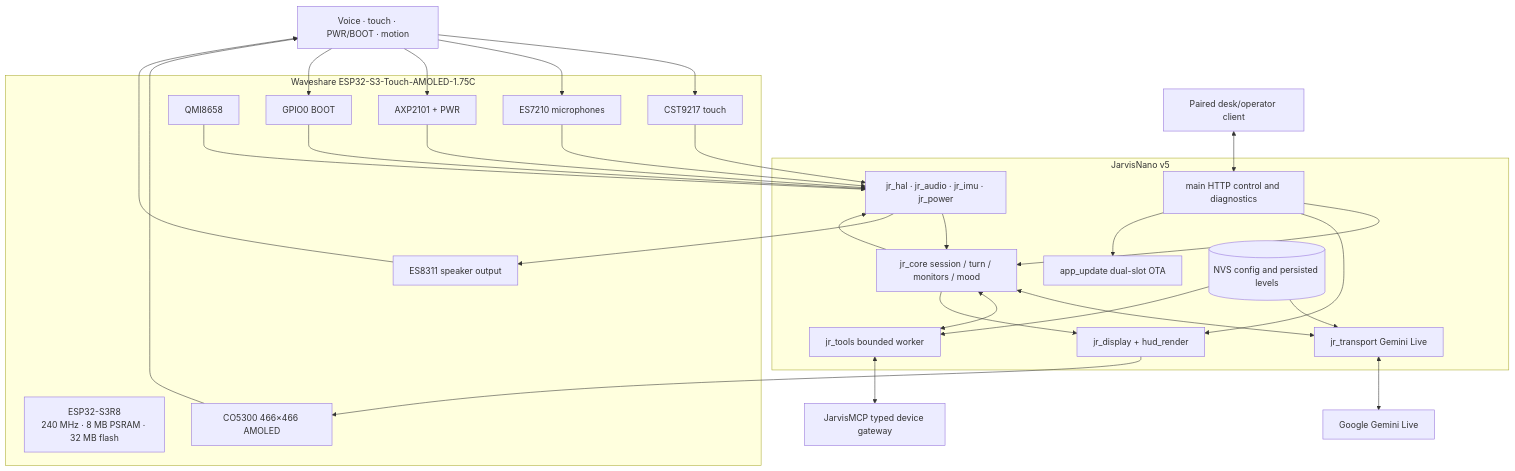
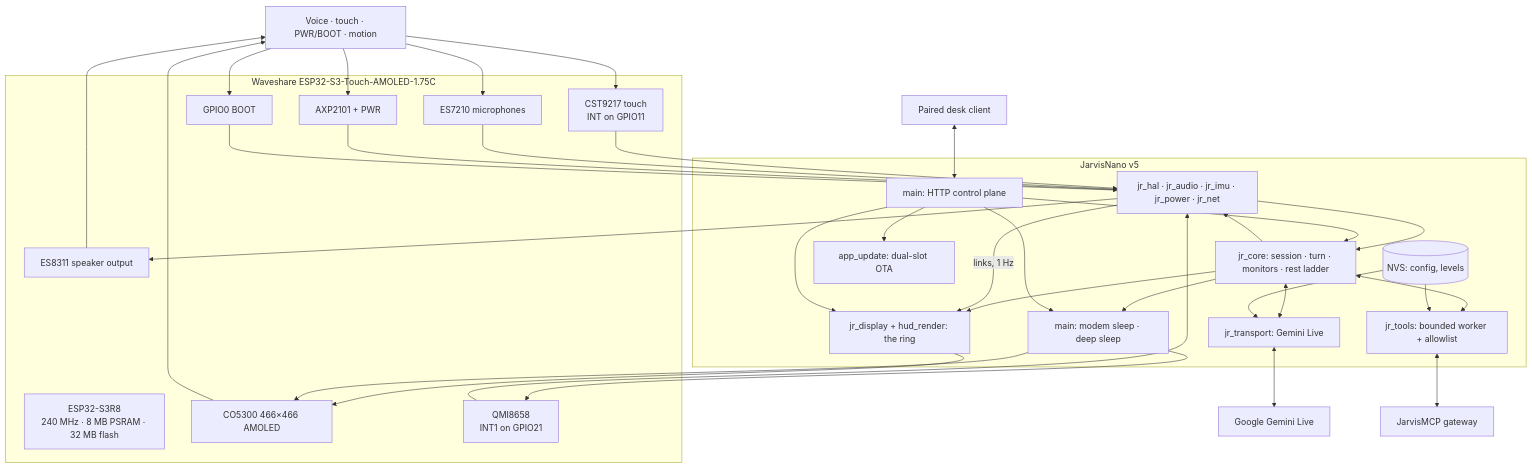
Before and after one commit to PascalAI2024/JarvisNano: the first of 5 diagrams in docs/ARCHITECTURE.md, drawn with Mermaid. The commit also changed other lines of this file and 17 other files, not shown here.

````diff
--- a/docs/ARCHITECTURE.md
+++ b/docs/ARCHITECTURE.md
@@ -12,47 +12,52 @@
 ```mermaid
 flowchart TB
     Human[Voice · touch · PWR/BOOT · motion]
 
     subgraph Board[Waveshare ESP32-S3-Touch-AMOLED-1.75C]
         S3[ESP32-S3R8<br/>240 MHz · 8 MB PSRAM · 32 MB flash]
         Mic[ES7210 microphones]
         DAC[ES8311 speaker output]
         Screen[CO5300 466×466 AMOLED]
-        Touch[CST9217 touch]
-        IMU[QMI8658]
+        Touch[CST9217 touch<br/>INT on GPIO11]
+        IMU[QMI8658<br/>INT1 on GPIO21]
         PMIC[AXP2101 + PWR]
         Boot[GPIO0 BOOT]
     end
 
     subgraph Runtime[JarvisNano v5]
-        HAL[jr_hal · jr_audio · jr_imu · jr_power]
-        Core[jr_core session / turn / monitors / mood]
-        Voice[jr_transport Gemini Live]
-        Tools[jr_tools bounded worker]
-        Display[jr_display + hud_render]
-        HTTP[main HTTP control and diagnostics]
-        OTA[app_update dual-slot OTA]
-        NVS[(NVS config and persisted levels)]
+        HAL[jr_hal · jr_audio · jr_imu · jr_power · jr_net]
+        Core[jr_core: session · turn · monitors · rest ladder]
+        Voice[jr_transport: Gemini Live]
+        Tools[jr_tools: bounded worker + allowlist]
+        Display[jr_display + hud_render: the ring]
+        HTTP[main: HTTP control plane]
+        OTA[app_update: dual-slot OTA]
+        Sleep[main: modem sleep · deep sleep]
+        NVS[(NVS: config, levels)]
     end
 
     Gemini[Google Gemini Live]
-    MCP[JarvisMCP typed device gateway]
-    Desk[Paired desk/operator client]
+    MCP[JarvisMCP gateway]
+    Desk[Paired desk client]
 
     Human --> Touch --> HAL
     Human --> Mic --> HAL
     Human --> PMIC --> HAL
     Human --> Boot --> HAL
     IMU --> HAL
     HAL --> Core
     Core <--> Voice <--> Gemini
     Core <--> Tools <--> MCP
     Core --> Display --> Screen --> Human
     Core --> HAL --> DAC --> Human
+    Core --> Sleep --> IMU
+    Sleep --> Screen
+    HAL -->|links, 1 Hz| Display
     NVS --> Voice
     NVS --> Tools
     Desk <--> HTTP
     HTTP --> Core
     HTTP --> Display
     HTTP --> OTA
+    HTTP --> Sleep
 ```
````
